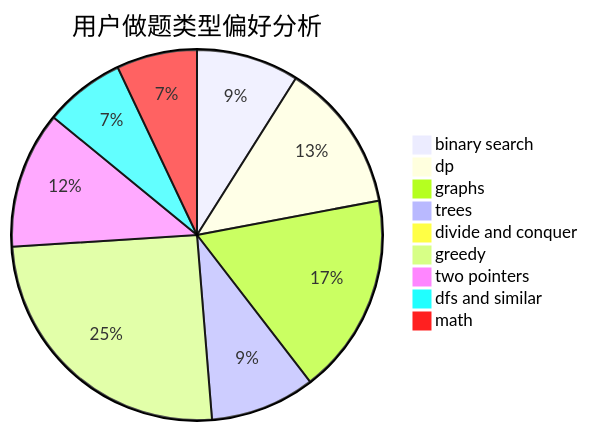
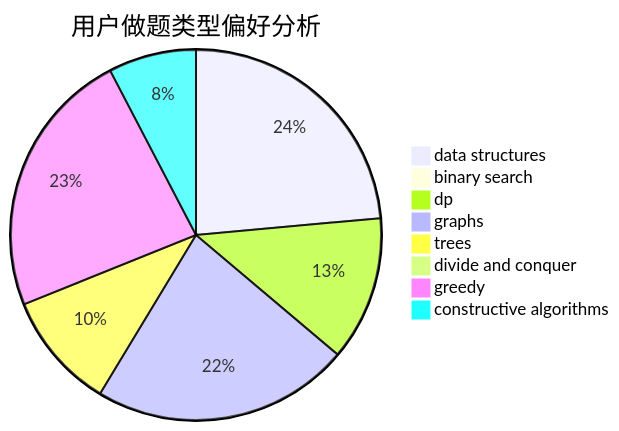
One commit to sherpahu/cfrs.github.io changed the second of 3 diagrams in docs/user/u2039.md. Above: the diagram before and after it, drawn with Mermaid. The commit also changed other lines of this file and 2775 other files, not shown here.

````diff
--- a/docs/user/u2039.md
+++ b/docs/user/u2039.md
@@ -23,12 +23,11 @@
 ```mermaid
 pie title 用户做题类型偏好分析
-    "binary search" :  135
-    "dp" :  197
-    "graphs" :  264
-    "trees" :  138
-    "divide and conquer" :  13
-    "greedy" :  381
-    "two pointers" :  180
-    "dfs and similar" :  106
-    "math" :  106
+    "data structures" :  200
+    "binary search" :  0
+    "dp" :  107
+    "graphs" :  191
+    "trees" :  87
+    "divide and conquer" :  0
+    "greedy" :  199
+    "constructive algorithms" :  65
 ```
````
